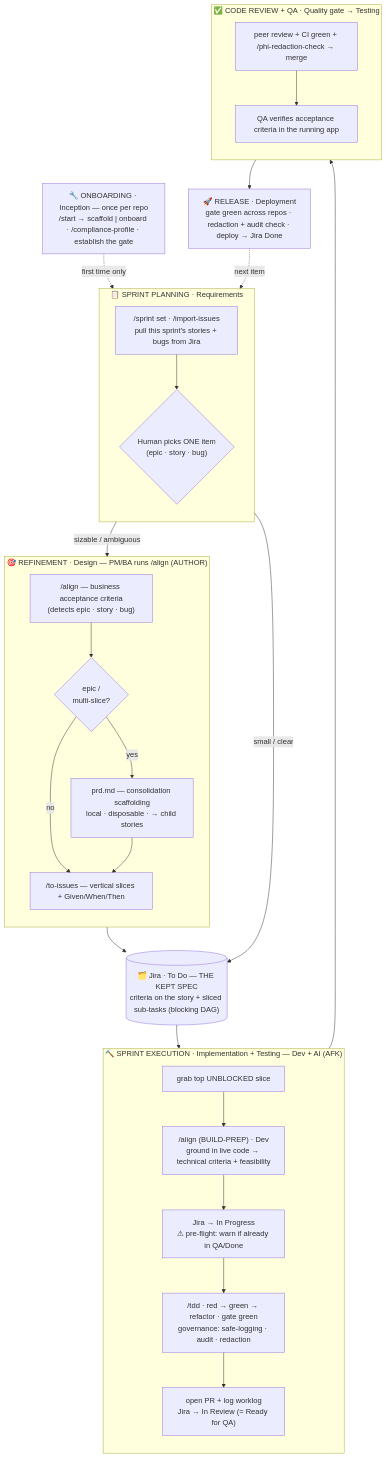
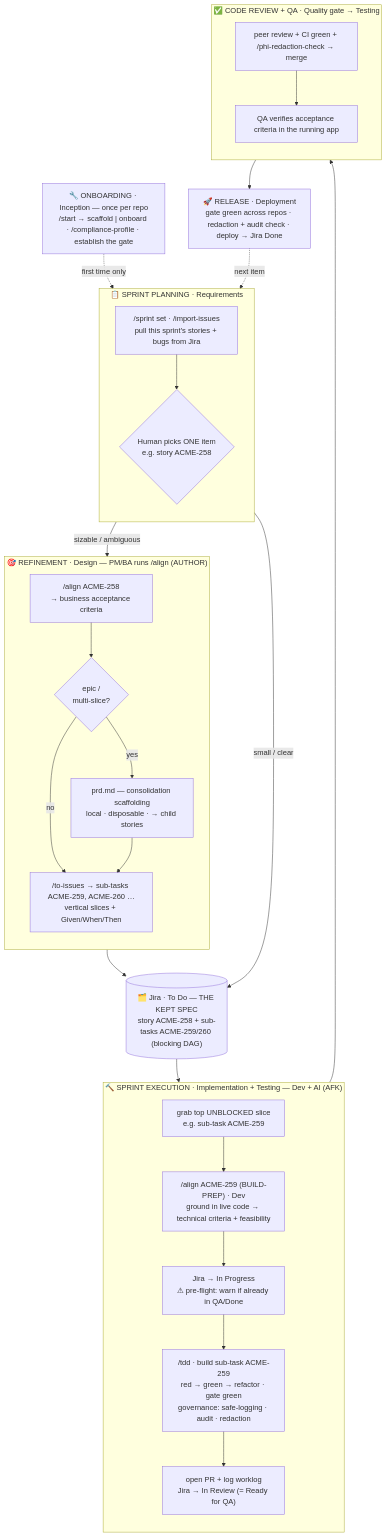
Before and after one commit to Mindbowser/health-harness: the diagram in README.md, drawn with Mermaid. The commit also changed other lines of this file and 3 other files, not shown here.

First line of the commit message:
docs(readme): thread concrete example ticket keys through flow + table (v0.1.31)

````diff
--- a/README.md
+++ b/README.md
@@ -43,45 +44,45 @@
 ```mermaid
 flowchart TD
     SETUP["🔧 ONBOARDING · Inception — once per repo<br/>/start → scaffold | onboard · /compliance-profile · establish the gate"]
 
     subgraph PLAN["📋 SPRINT PLANNING · Requirements"]
         direction TB
-        SP["/sprint set · /import-issues<br/>pull this sprint's stories + bugs from Jira"] --> PICK{"Human picks ONE item<br/>(epic · story · bug)"}
+        SP["/sprint set · /import-issues<br/>pull this sprint's stories + bugs from Jira"] --> PICK{"Human picks ONE item<br/>e.g. story ACME-258"}
     end
 
     subgraph REFINE["🎯 REFINEMENT · Design — PM/BA runs /align (AUTHOR)"]
         direction TB
-        AL["/align — business acceptance criteria<br/>(detects epic · story · bug)"]
+        AL["/align ACME-258<br/>→ business acceptance criteria"]
         AL --> BIG{"epic /<br/>multi-slice?"}
         BIG -->|yes| PRD["prd.md — consolidation scaffolding<br/>local · disposable · → child stories"]
-        BIG -->|no| SL["/to-issues — vertical slices + Given/When/Then"]
+        BIG -->|no| SL["/to-issues → sub-tasks ACME-259, ACME-260 …<br/>vertical slices + Given/When/Then"]
         PRD --> SL
     end
 
-    JIRA[("🗂️ Jira · To Do — THE KEPT SPEC<br/>criteria on the story + sliced sub-tasks (blocking DAG)")]
+    JIRA[("🗂️ Jira · To Do — THE KEPT SPEC<br/>story ACME-258 + sub-tasks ACME-259/260 (blocking DAG)")]
 
     subgraph BUILD["🔨 SPRINT EXECUTION · Implementation + Testing — Dev + AI (AFK)"]
         direction TB
-        GRAB["grab top UNBLOCKED slice"] --> BP["/align (BUILD-PREP) · Dev<br/>ground in live code → technical criteria + feasibility"]
+        GRAB["grab top UNBLOCKED slice<br/>e.g. sub-task ACME-259"] --> BP["/align ACME-259 (BUILD-PREP) · Dev<br/>ground in live code → technical criteria + feasibility"]
         BP --> WIP["Jira → In Progress<br/>⚠ pre-flight: warn if already in QA/Done"]
-        WIP --> TDD["/tdd · red → green → refactor · gate green<br/>governance: safe-logging · audit · redaction"]
+        WIP --> TDD["/tdd · build sub-task ACME-259<br/>red → green → refactor · gate green<br/>governance: safe-logging · audit · redaction"]
         TDD --> PRW["open PR + log worklog<br/>Jira → In Review (= Ready for QA)"]
     end
 
     subgraph VERIFY["✅ CODE REVIEW + QA · Quality gate → Testing"]
         direction TB
         CR["peer review + CI green + /phi-redaction-check → merge"]
         CR --> QA["QA verifies acceptance criteria in the running app"]
     end
 
     REL["🚀 RELEASE · Deployment<br/>gate green across repos · redaction + audit check · deploy → Jira Done"]
 
     SETUP -.->|first time only| SP
     PICK -->|sizable / ambiguous| AL
     PICK -->|small / clear| JIRA
     SL --> JIRA
     JIRA --> GRAB
     PRW --> CR
     QA --> REL
     REL -.->|next item| PICK
 ```
````
